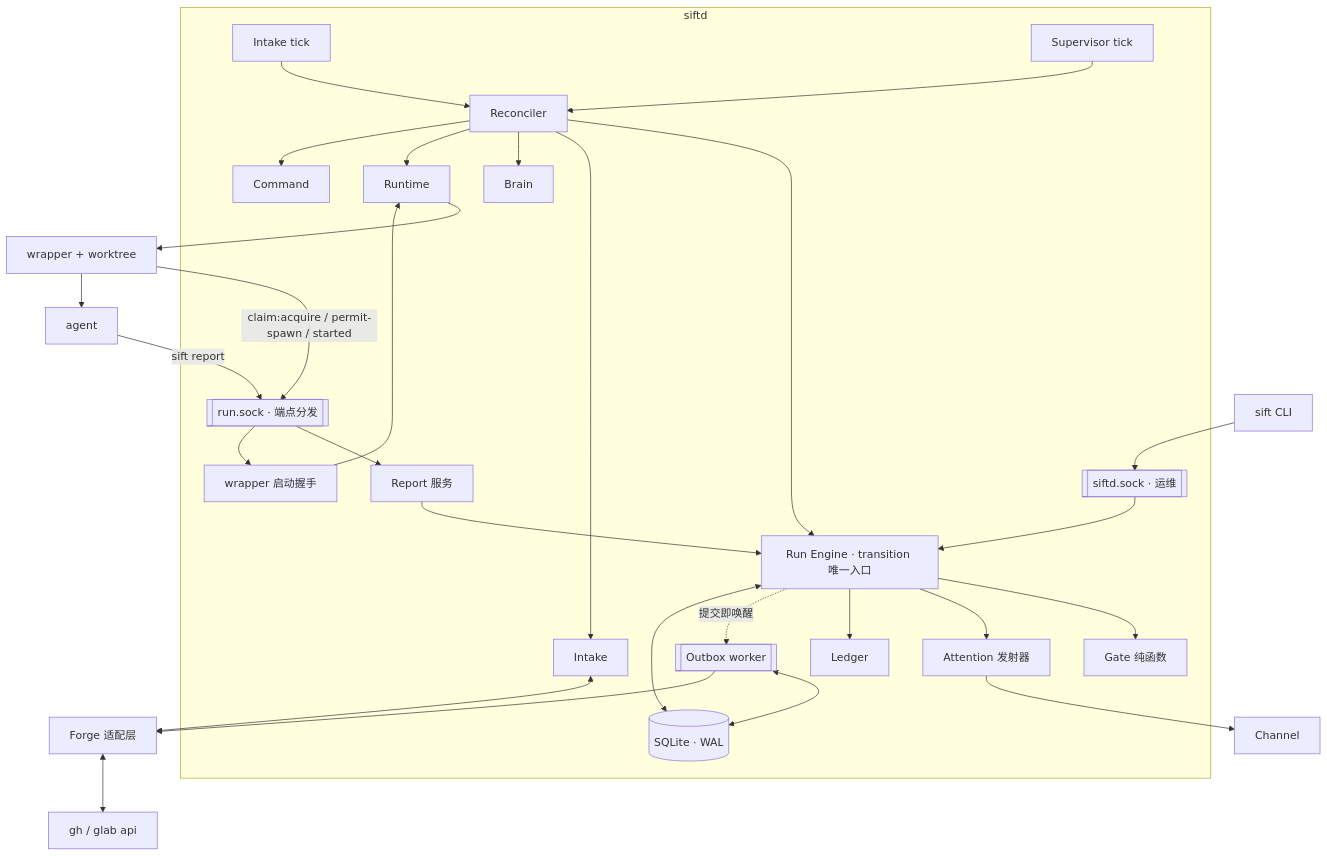
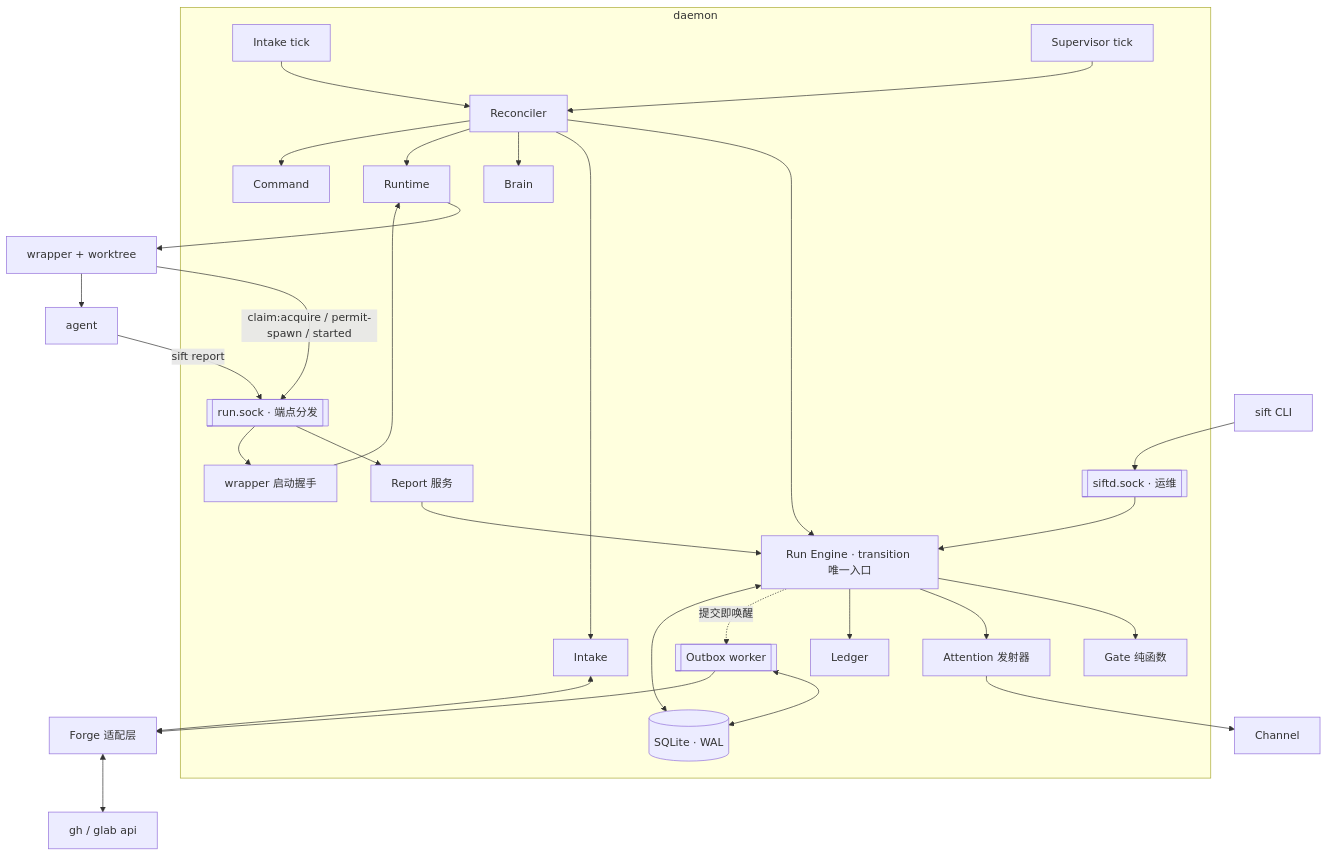
One commit to bebm2/sift changed the second of 2 diagrams in docs/DESIGN.md. Above: the diagram before and after it, drawn with Mermaid. The commit also changed other lines of this file and 17 other files, not shown here.

````diff
--- a/docs/DESIGN.md
+++ b/docs/DESIGN.md
@@ -119,25 +119,25 @@
 ```mermaid
 flowchart TB
-    subgraph siftd
+    subgraph daemon
         IT[Intake tick] --> Rec[Reconciler]
         ST[Supervisor tick] --> Rec
         Rec --> Engine[Run Engine · transition 唯一入口]
         Engine --> Gate[Gate 纯函数] & Attention[Attention 发射器] & Ledger[Ledger]
         Engine -. 提交即唤醒 .-> Outbox[[Outbox worker]]
         Rec --> Intake[Intake] & Brain[Brain] & Runtime[Runtime] & Command[Command]
         Report[Report 服务] --> Engine
         StartAPI[wrapper 启动握手] --> Runtime
         Store[(SQLite · WAL)]
         Engine <--> Store
         Outbox <--> Store
         OpsSock[[siftd.sock · 运维]] --> Engine
         RunSock[[run.sock · 端点分发]] --> Report & StartAPI
     end
     CLI[sift CLI] --> OpsSock
     Intake <--> ForgeA[Forge 适配层] <--> GH[gh / glab api]
     Outbox --> ForgeA
     Attention --> Ch[Channel]
     Runtime --> Wr[wrapper + worktree] --> Ag[agent]
     Ag -->|sift report| RunSock
     Wr -->|claim:acquire / permit-spawn / started| RunSock
 ```
````
